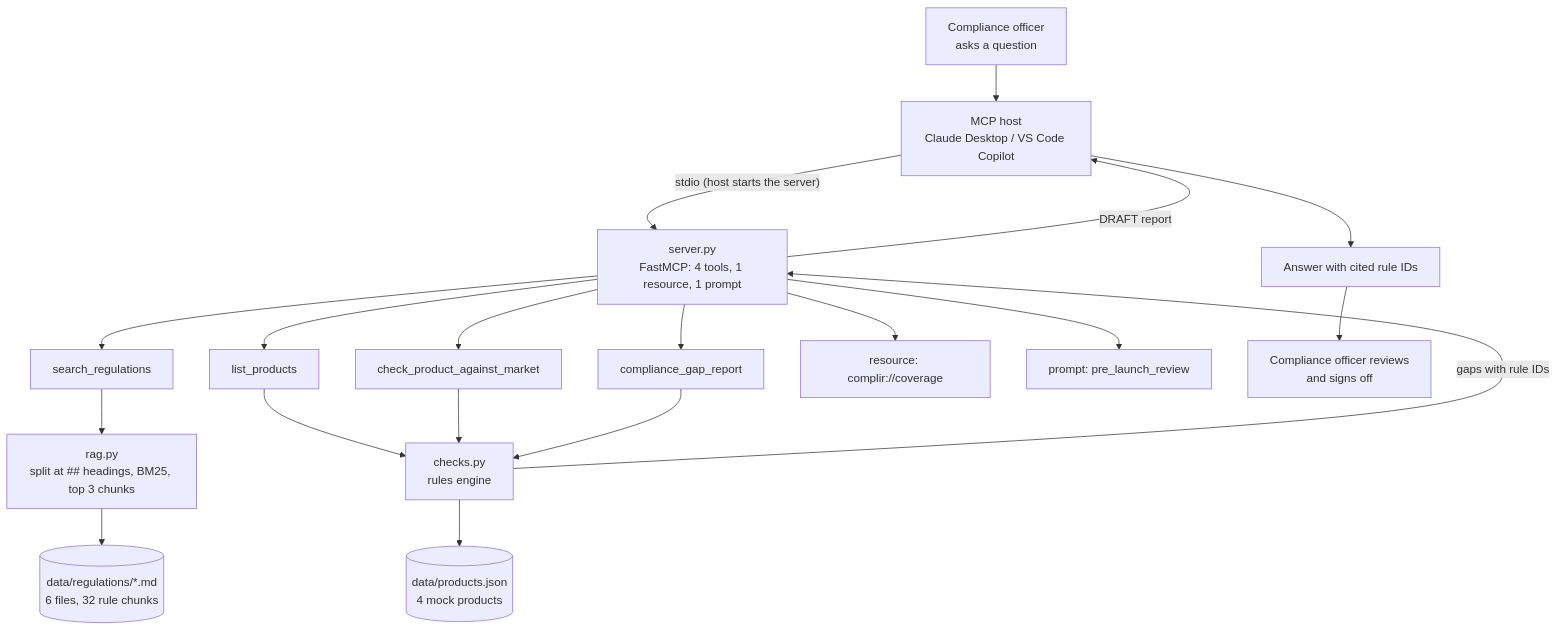
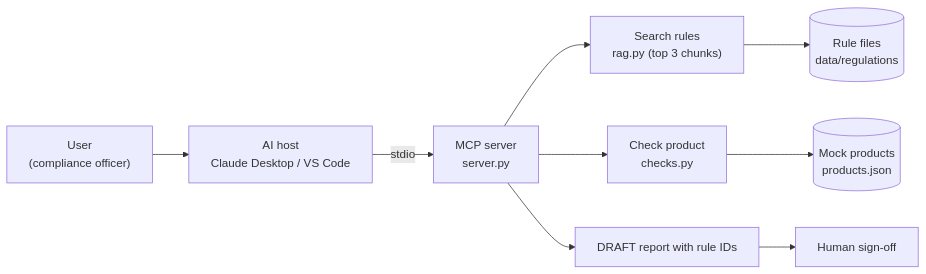
The diagram in README.md (dattapunjare/complir-mcp), drawn with Mermaid before and after one commit. The commit also changed other lines of this file, not shown here.

Commit message:
Add system design diagram

````diff
--- a/README.md
+++ b/README.md
@@ -101,25 +100,11 @@
 ```mermaid
-flowchart TD
-    U["Compliance officer<br/>asks a question"] --> H["MCP host<br/>Claude Desktop / VS Code Copilot"]
-    H -->|"stdio (host starts the server)"| S["server.py<br/>FastMCP: 4 tools, 1 resource, 1 prompt"]
-
-    S --> T1["search_regulations"]
-    S --> T2["list_products"]
-    S --> T3["check_product_against_market"]
-    S --> T4["compliance_gap_report"]
-    S --> R["resource: complir://coverage"]
-    S --> P["prompt: pre_launch_review"]
-
-    T1 --> RAG["rag.py<br/>split at ## headings, BM25, top 3 chunks"]
-    RAG --> D1[("data/regulations/*.md<br/>6 files, 32 rule chunks")]
-
-    T2 --> CH["checks.py<br/>rules engine"]
-    T3 --> CH
-    T4 --> CH
-    CH --> D2[("data/products.json<br/>4 mock products")]
-
-    CH -->|"gaps with rule IDs"| S
-    S -->|"DRAFT report"| H
-    H --> O["Answer with cited rule IDs"]
-    O --> HUM["Compliance officer reviews<br/>and signs off"]
+flowchart LR
+    A["User<br/>(compliance officer)"] --> B["AI host<br/>Claude Desktop / VS Code"]
+    B -->|"stdio"| C["MCP server<br/>server.py"]
+    C --> D["Search rules<br/>rag.py (top 3 chunks)"]
+    C --> E["Check product<br/>checks.py"]
+    D --> F[("Rule files<br/>data/regulations")]
+    E --> G[("Mock products<br/>products.json")]
+    C --> H["DRAFT report with rule IDs"]
+    H --> I["Human sign-off"]
 ```
````
